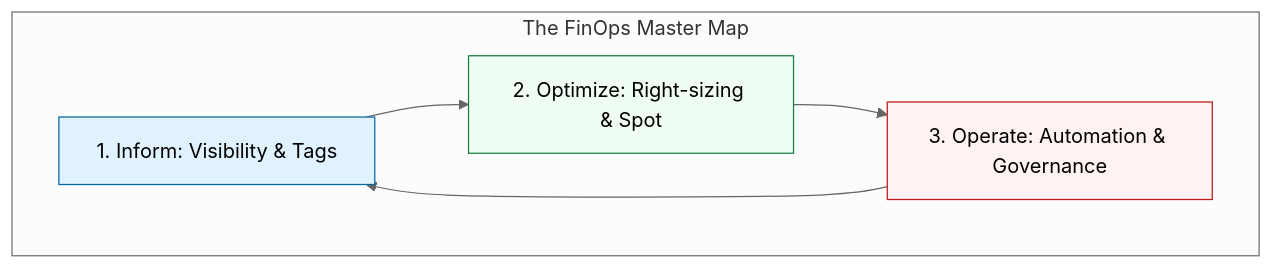
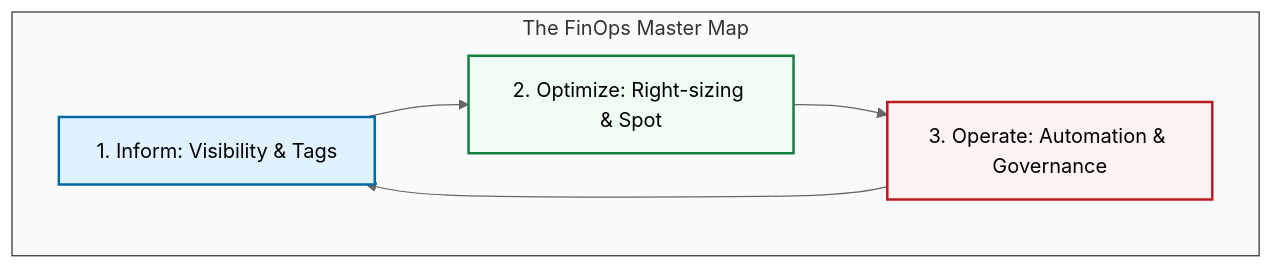
The diagram in 1-Beginner/03-Phase-3/02-FinOps/README.md (Ganil151/Devops), drawn with Mermaid (neutral theme) before and after one commit. The commit also changed other lines of this file and 14 other files, not shown here.

````diff
--- a/1-Beginner/03-Phase-3/02-FinOps/README.md
+++ b/1-Beginner/03-Phase-3/02-FinOps/README.md
@@ -5,12 +5,13 @@
 ```mermaid
 graph TD
-    subgraph FinOps_Framework[The FinOps Master Map]
+    subgraph FinOps_Lifecycle[The FinOps Master Map]
         I[1. Inform: Visibility & Tags] --> O[2. Optimize: Right-sizing & Spot]
         O --> OP[3. Operate: Automation & Governance]
         OP --> I
     end
     
-    style I fill:#e0f2fe,stroke:#0369a1
-    style O fill:#f0fdf4,stroke:#15803d
-    style OP fill:#fef2f2,stroke:#b91c1c
+    style I fill:#e0f2fe,stroke:#0369a1,stroke-width:2px
+    style O fill:#f0fdf4,stroke:#15803d,stroke-width:2px
+    style OP fill:#fef2f2,stroke:#b91c1c,stroke-width:2px
+    style FinOps_Lifecycle fill:#f8fafc,stroke:#333
 ```
````
